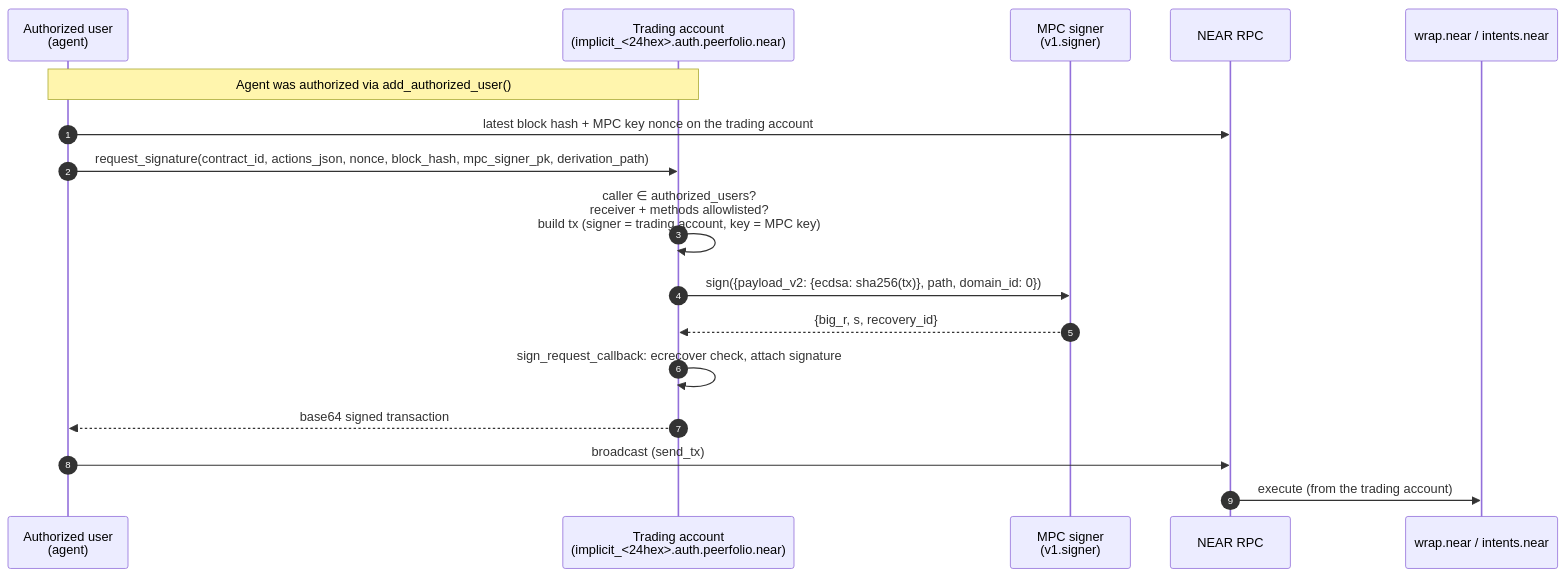
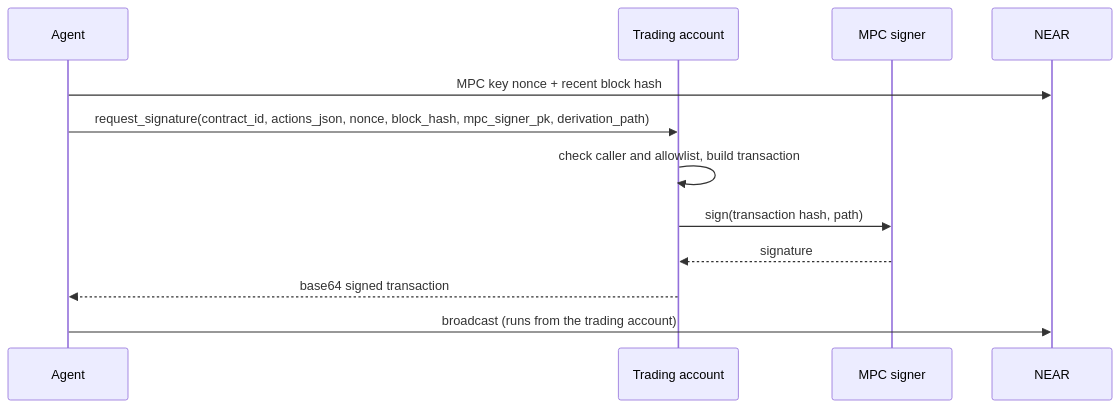
The diagram in docs/trading-account.md (beneviolabs/autonomous-trading-account), drawn with Mermaid before and after one commit. The commit also changed other lines of this file and 4 other files, not shown here.

````diff
--- a/docs/trading-account.md
+++ b/docs/trading-account.md
@@ -95,20 +37,15 @@
 ```mermaid
 sequenceDiagram
-    autonumber
-    participant Agent as Authorized user<br>(agent)
-    participant TA as Trading account<br>(implicit_<24hex>.auth.peerfolio.near)
-    participant MPC as MPC signer<br>(v1.signer)
-    participant NEAR as NEAR RPC
-    participant Target as wrap.near / intents.near
+    participant Agent as Agent
+    participant TA as Trading account
+    participant MPC as MPC signer
+    participant NEAR as NEAR
 
-    Note over Agent,TA: Agent was authorized via add_authorized_user()
-    Agent->>NEAR: latest block hash + MPC key nonce on the trading account
+    Agent->>NEAR: MPC key nonce + recent block hash
     Agent->>TA: request_signature(contract_id, actions_json, nonce, block_hash, mpc_signer_pk, derivation_path)
-    TA->>TA: caller ∈ authorized_users?<br>receiver + methods allowlisted?<br>build tx (signer = trading account, key = MPC key)
-    TA->>MPC: sign({payload_v2: {ecdsa: sha256(tx)}, path, domain_id: 0})
-    MPC-->>TA: {big_r, s, recovery_id}
-    TA->>TA: sign_request_callback: ecrecover check, attach signature
+    TA->>TA: check caller and allowlist, build transaction
+    TA->>MPC: sign(transaction hash, path)
+    MPC-->>TA: signature
     TA-->>Agent: base64 signed transaction
-    Agent->>NEAR: broadcast (send_tx)
-    NEAR->>Target: execute (from the trading account)
+    Agent->>NEAR: broadcast (runs from the trading account)
 ```
````
